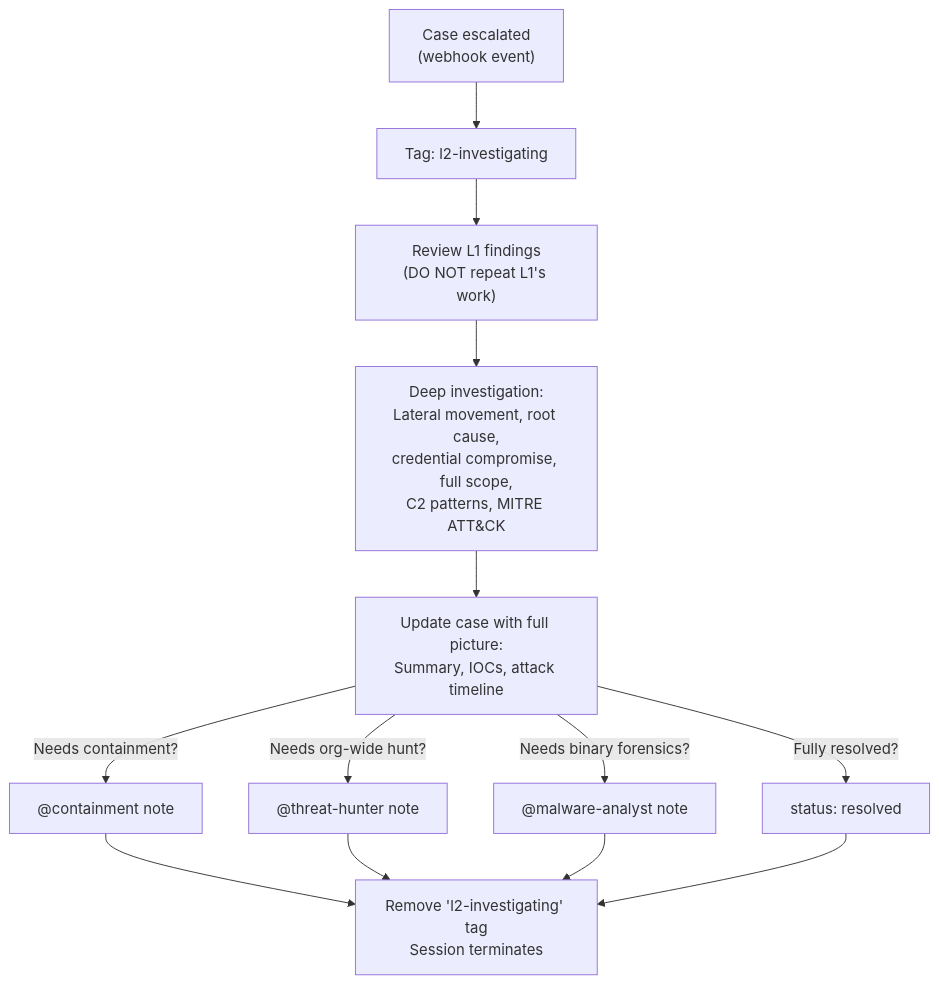
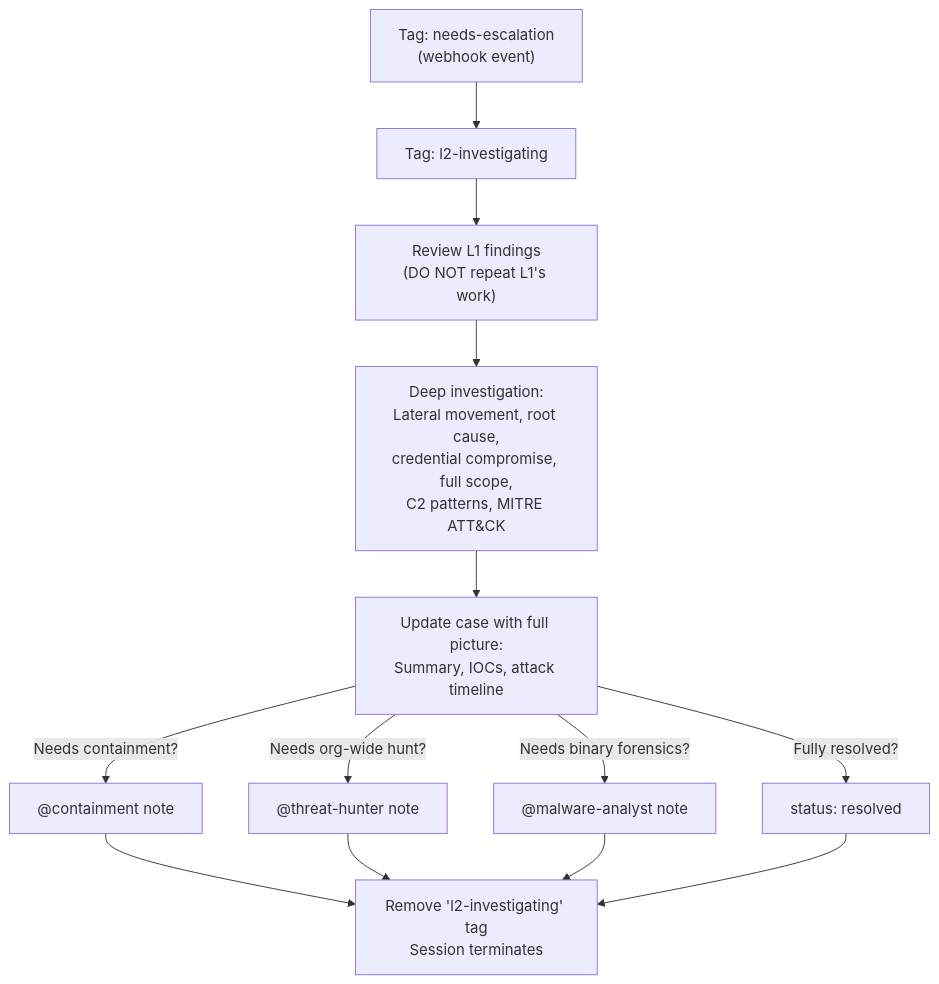
The diagram in lc-soc/tiered-soc/l2-analyst/README.md (refractionPOINT/lc-ai), drawn with Mermaid before and after one commit. The commit also changed other lines of this file and 46 other files, not shown here.

First line of the commit message:
Fix case CLI flags and remove dead escalated status across all agents

````diff
--- a/lc-soc/tiered-soc/l2-analyst/README.md
+++ b/lc-soc/tiered-soc/l2-analyst/README.md
@@ -7,15 +7,15 @@
 ```mermaid
 flowchart TD
-    trigger["Case escalated<br/>(webhook event)"] --> tag["Tag: l2-investigating"]
+    trigger["Tag: needs-escalation<br/>(webhook event)"] --> tag["Tag: l2-investigating"]
     tag --> review["Review L1 findings<br/>(DO NOT repeat L1's work)"]
     review --> deep["Deep investigation:<br/>Lateral movement, root cause,<br/>credential compromise, full scope,<br/>C2 patterns, MITRE ATT&CK"]
     deep --> update["Update case with full picture:<br/>Summary, IOCs, attack timeline"]
     update -->|Needs containment?| contain["@containment note"]
     update -->|Needs org-wide hunt?| hunt["@threat-hunter note"]
     update -->|Needs binary forensics?| malware["@malware-analyst note"]
     update -->|Fully resolved?| resolved["status: resolved"]
     contain --> cleanup["Remove 'l2-investigating' tag<br/>Session terminates"]
     hunt --> cleanup
     malware --> cleanup
     resolved --> cleanup
 ```
````
